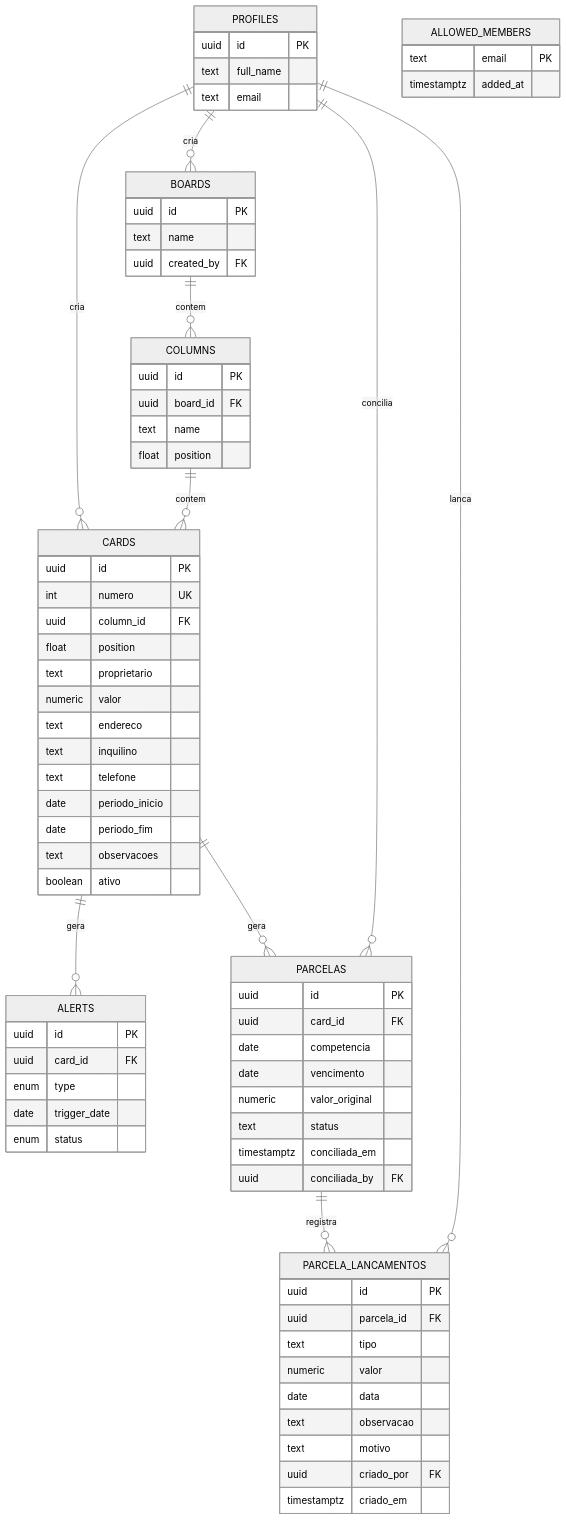
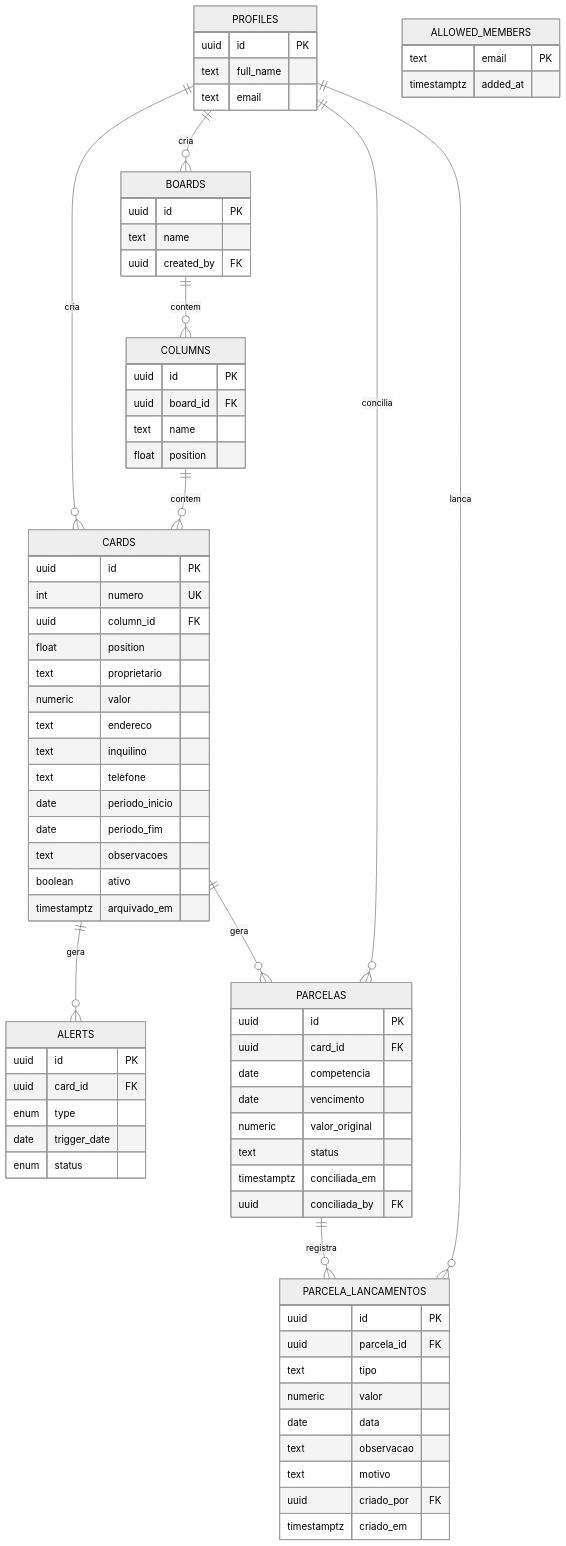
Before and after one commit to Vict0Rocha/kanban_gestao_aluguel: the diagram in docs/data-model.md, drawn with Mermaid (neutral theme). The commit also changed other lines of this file and 3 other files, not shown here.

````diff
--- a/docs/data-model.md
+++ b/docs/data-model.md
@@ -5,76 +5,77 @@
 ```mermaid
 erDiagram
     PROFILES ||--o{ BOARDS : cria
     PROFILES ||--o{ CARDS : cria
     BOARDS ||--o{ COLUMNS : contem
     COLUMNS ||--o{ CARDS : contem
     CARDS ||--o{ ALERTS : gera
     CARDS ||--o{ PARCELAS : gera
     PARCELAS ||--o{ PARCELA_LANCAMENTOS : registra
     PROFILES ||--o{ PARCELAS : concilia
     PROFILES ||--o{ PARCELA_LANCAMENTOS : lanca
 
     PROFILES {
         uuid id PK
         text full_name
         text email
     }
     BOARDS {
         uuid id PK
         text name
         uuid created_by FK
     }
     COLUMNS {
         uuid id PK
         uuid board_id FK
         text name
         float position
     }
     CARDS {
         uuid id PK
         int numero UK
         uuid column_id FK
         float position
         text proprietario
         numeric valor
         text endereco
         text inquilino
         text telefone
         date periodo_inicio
         date periodo_fim
         text observacoes
         boolean ativo
+        timestamptz arquivado_em
     }
     ALERTS {
         uuid id PK
         uuid card_id FK
         enum type
         date trigger_date
         enum status
     }
     PARCELAS {
         uuid id PK
         uuid card_id FK
         date competencia
         date vencimento
         numeric valor_original
         text status
         timestamptz conciliada_em
         uuid conciliada_by FK
     }
     PARCELA_LANCAMENTOS {
         uuid id PK
         uuid parcela_id FK
         text tipo
         numeric valor
         date data
         text observacao
         text motivo
         uuid criado_por FK
         timestamptz criado_em
     }
     ALLOWED_MEMBERS {
         text email PK
         timestamptz added_at
     }
 ```
````
